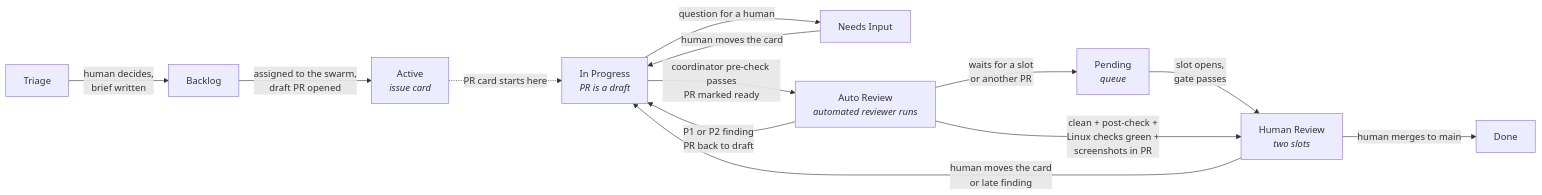
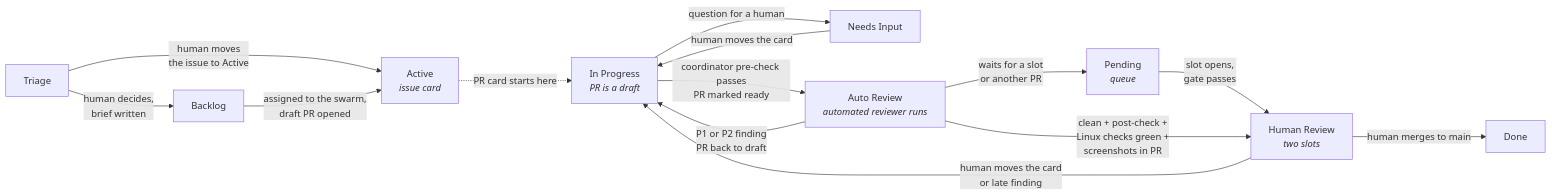
One commit to tangentcode/methodology changed the diagram in diagrams-src/board.mmd. Above: the diagram before and after it, drawn with Mermaid. The commit also changed 12 other files, not shown here.

```diff
--- a/diagrams-src/board.mmd
+++ b/diagrams-src/board.mmd
@@ -1,13 +1,14 @@
 flowchart LR
     T[Triage] -->|human decides,<br/>brief written| B[Backlog]
-    B -->|assigned to the swarm,<br/>draft PR opened| AC[Active<br/><i>issue card</i>]
+    T -->|human moves<br/>the issue to Active| AC[Active<br/><i>issue card</i>]
+    B -->|assigned to the swarm,<br/>draft PR opened| AC
     AC -.->|PR card starts here| IP[In Progress<br/><i>PR is a draft</i>]
     IP -->|question for a human| NI[Needs Input]
     NI -->|human moves the card| IP
     IP -->|coordinator pre-check passes<br/>PR marked ready| AR[Auto Review<br/><i>automated reviewer runs</i>]
     AR -->|P1 or P2 finding<br/>PR back to draft| IP
     AR -->|waits for a slot<br/>or another PR| P[Pending<br/><i>queue</i>]
     P -->|slot opens,<br/>gate passes| HR
     AR -->|clean + post-check +<br/>Linux checks green +<br/>screenshots in PR| HR[Human Review<br/><i>two slots</i>]
     HR -->|human moves the card<br/>or late finding| IP
     HR -->|human merges to main| D[Done]
```
